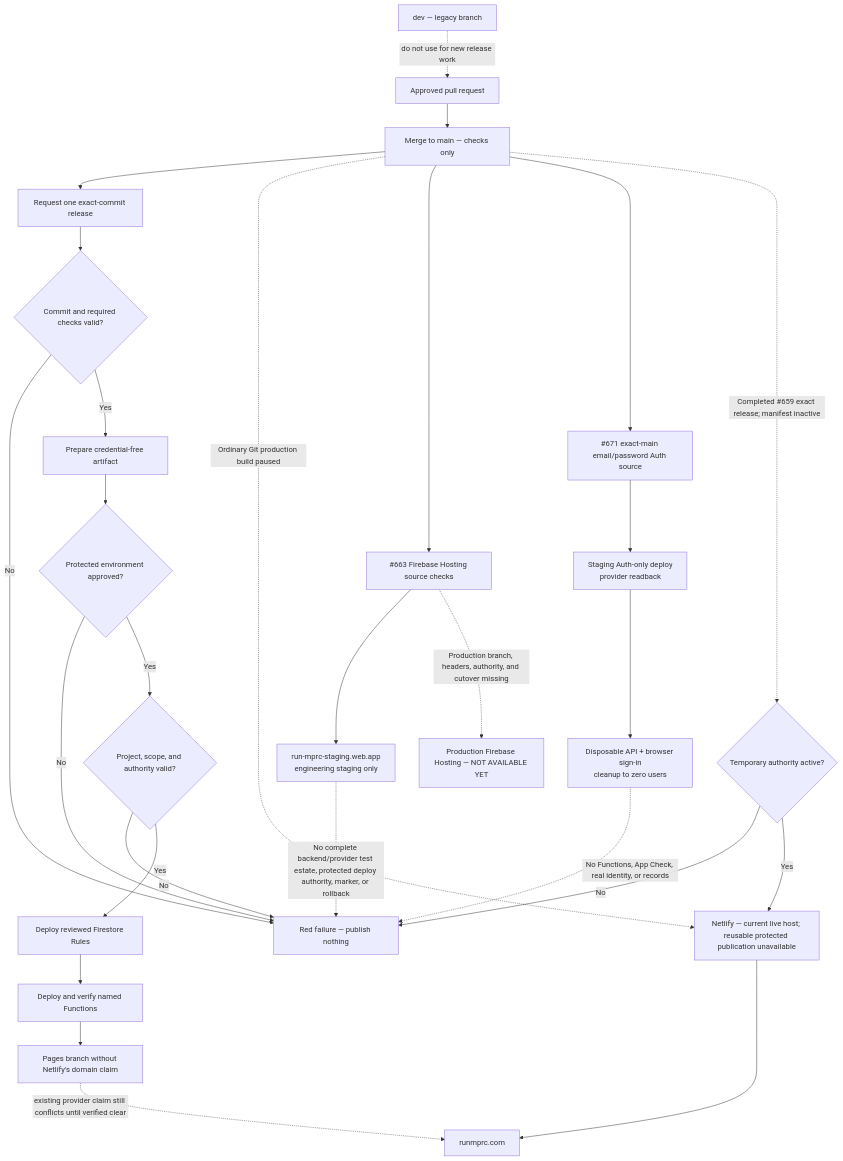
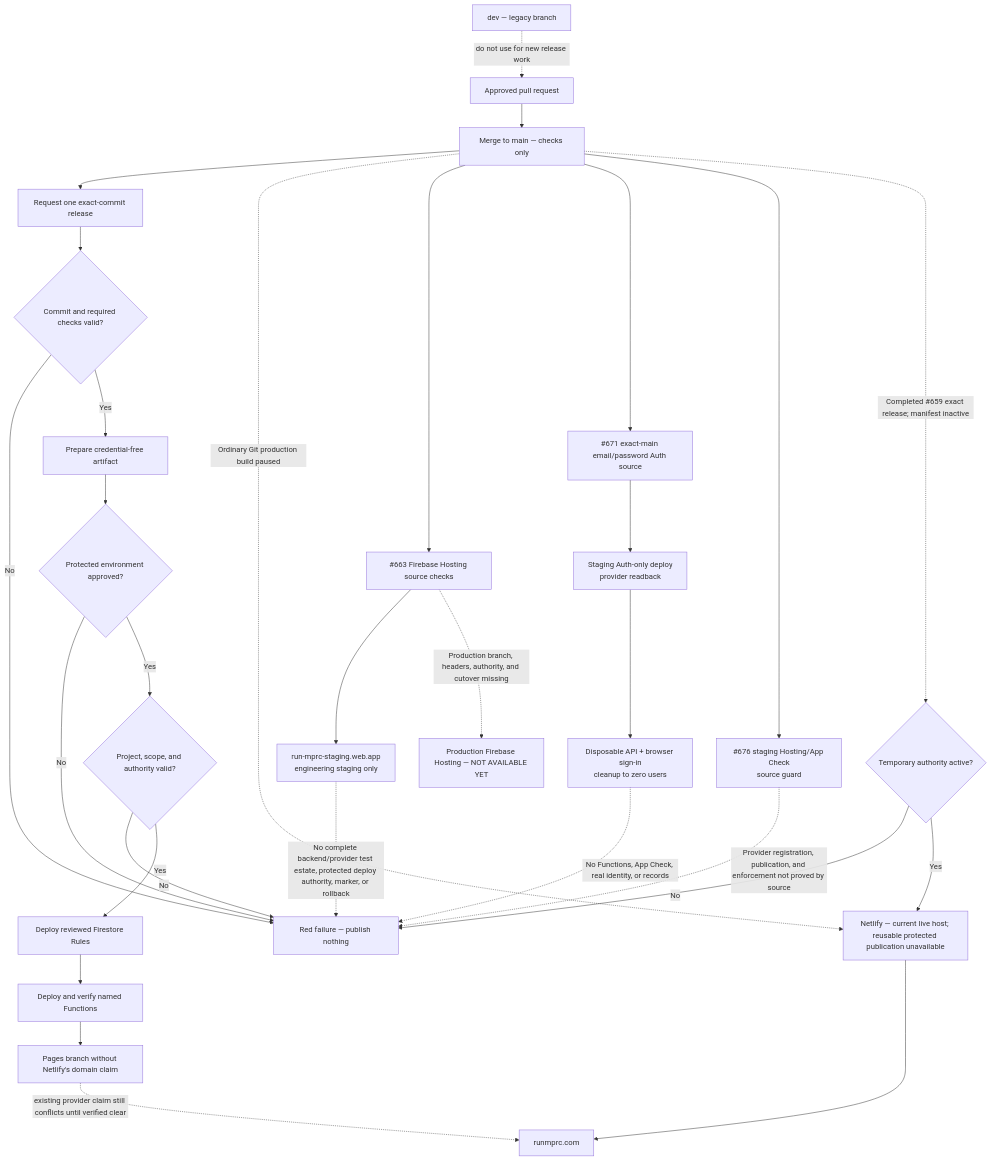
The fourth of 10 diagrams in docs/officers/SYSTEM_MAPS.md (Run-MPRC/Run-MPRC.github.io), drawn with Mermaid before and after one commit. The commit also changed other lines of this file and 13 other files, not shown here.

Commit message:
Guard staging App Check Hosting deploy

````diff
--- a/docs/officers/SYSTEM_MAPS.md
+++ b/docs/officers/SYSTEM_MAPS.md
@@ -74,30 +74,32 @@
 ```mermaid
 flowchart TD
     PR["Approved pull request"] --> Main["Merge to main — checks only"]
     Main --> Request["Request one exact-commit release"]
     Request --> Preflight{"Commit and required checks valid?"}
     Preflight -- "No" --> Stop["Red failure — publish nothing"]
     Preflight -- "Yes" --> Prepare["Prepare credential-free artifact"]
     Prepare --> Approval{"Protected environment approved?"}
     Approval -- "No" --> Stop
     Approval -- "Yes" --> Gate{"Project, scope, and authority valid?"}
     Gate -- "No" --> Stop
     Gate -- "Yes" --> Rules["Deploy reviewed Firestore Rules"]
     Rules --> Functions["Deploy and verify named Functions"]
     Functions --> Pages["Pages branch without Netlify's domain claim"]
     Main -. "Ordinary Git production build paused" .-> Netlify
     Main --> HostingSource["#663 Firebase Hosting source checks"]
     HostingSource --> StagingHosting["run-mprc-staging.web.app\nengineering staging only"]
     Main --> AuthSource["#671 exact-main email/password Auth source"]
     AuthSource --> StagingAuth["Staging Auth-only deploy\nprovider readback"]
     StagingAuth --> AuthProof["Disposable API + browser sign-in\ncleanup to zero users"]
+    Main --> AppCheckGuard["#676 staging Hosting/App Check\nsource guard"]
+    AppCheckGuard -. "Provider registration, publication, and enforcement not proved by source" .-> Stop
     AuthProof -. "No Functions, App Check, real identity, or records" .-> Stop
     StagingHosting -. "No complete backend/provider test estate, protected deploy authority, marker, or rollback" .-> Stop
     HostingSource -. "Production branch, headers, authority, and cutover missing" .-> FutureHosting["Production Firebase Hosting — NOT AVAILABLE YET"]
     Main -. "Completed #659 exact release; manifest inactive" .-> WebGate{"Temporary authority active?"}
     WebGate -- "No" --> Stop
     WebGate -- "Yes" --> Netlify
     Netlify["Netlify — current live host; reusable protected publication unavailable"] --> Live["runmprc.com"]
     Pages -. "existing provider claim still conflicts until verified clear" .-> Live
     Dev["dev — legacy branch"] -. "do not use for new release work" .-> PR
 ```
````
